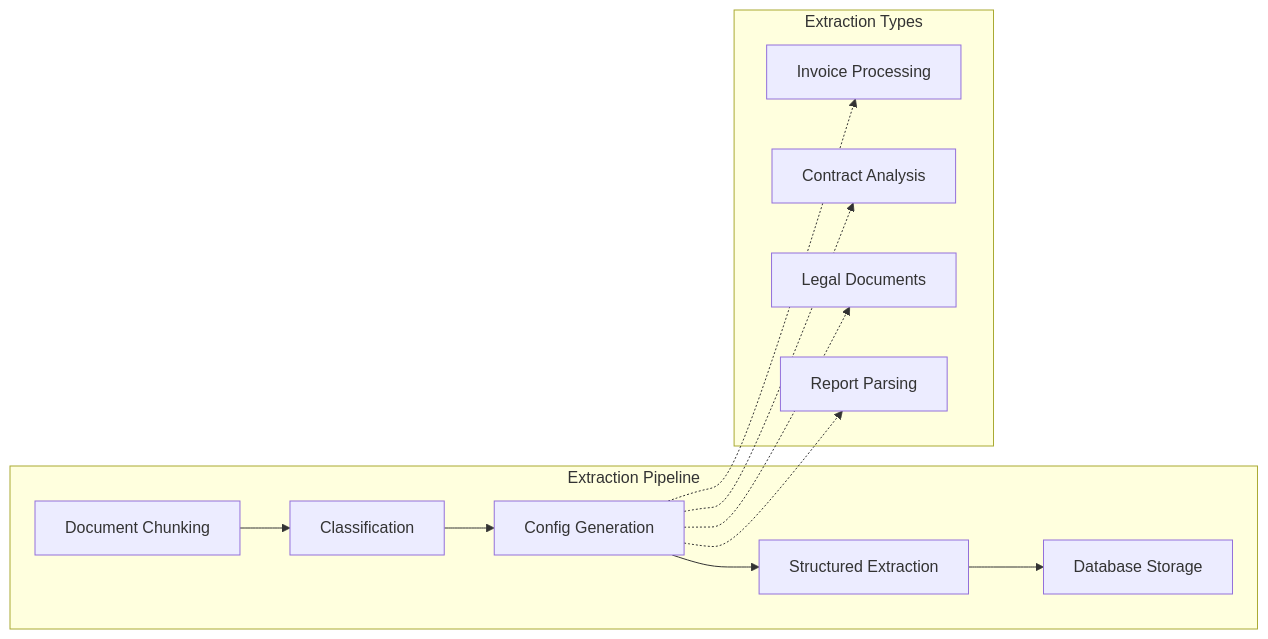
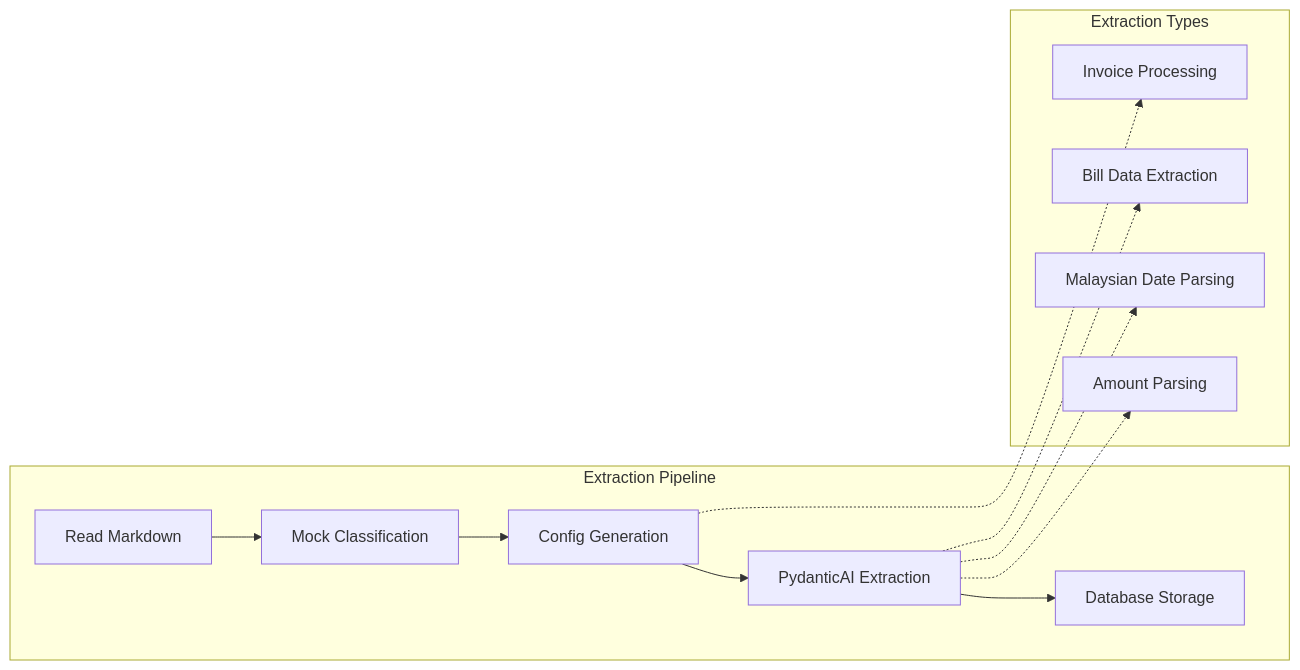
One commit to h19overflow/scaled_processing changed the fourth of 9 diagrams in README.md. Above: the diagram before and after it, drawn with Mermaid. The commit also changed other lines of this file, not shown here.

First line of the commit message:
docs(README): update system overview and architecture details

````diff
--- a/README.md
+++ b/README.md
@@ -163,21 +181,21 @@
 ```mermaid
 flowchart LR
     subgraph "Extraction Pipeline"
-        A[Document Chunking] --> B[Classification]
+        A[Read Markdown] --> B[Mock Classification]
         B --> C[Config Generation]
-        C --> D[Structured Extraction]
+        C --> D[PydanticAI Extraction]
         D --> E[Database Storage]
     end
 
     subgraph "Extraction Types"
         F[Invoice Processing]
-        G[Contract Analysis]
-        H[Legal Documents]
-        I[Report Parsing]
+        G[Bill Data Extraction]
+        H[Malaysian Date Parsing]
+        I[Amount Parsing]
     end
 
     C -.-> F
-    C -.-> G
-    C -.-> H
-    C -.-> I
+    D -.-> G
+    D -.-> H
+    D -.-> I
 ```
````
